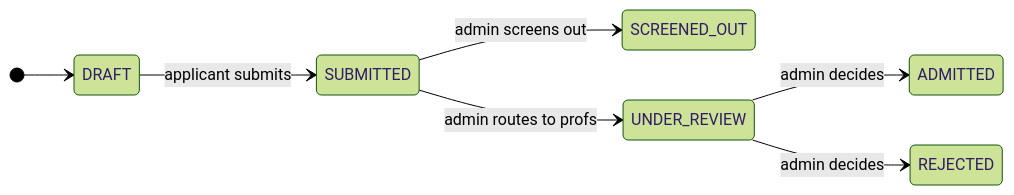
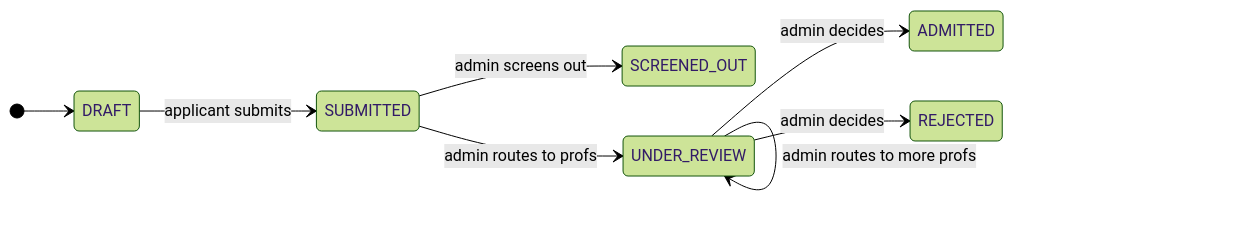
The second of 3 diagrams in README.md (sanil04/Graduate-Admissions-Management-System), drawn with Mermaid (forest theme) before and after one commit. The commit also changed other lines of this file and 9 other files, not shown here.

First line of the commit message:
feat: admin routes an application to professors or screens it out

````diff
--- a/README.md
+++ b/README.md
@@ -231,10 +234,11 @@
 ```mermaid
 stateDiagram-v2
     direction LR
     [*] --> DRAFT
     DRAFT --> SUBMITTED : applicant submits
     SUBMITTED --> SCREENED_OUT : admin screens out
     SUBMITTED --> UNDER_REVIEW : admin routes to profs
+    UNDER_REVIEW --> UNDER_REVIEW : admin routes to more profs
     UNDER_REVIEW --> ADMITTED : admin decides
     UNDER_REVIEW --> REJECTED : admin decides
 ```
````
